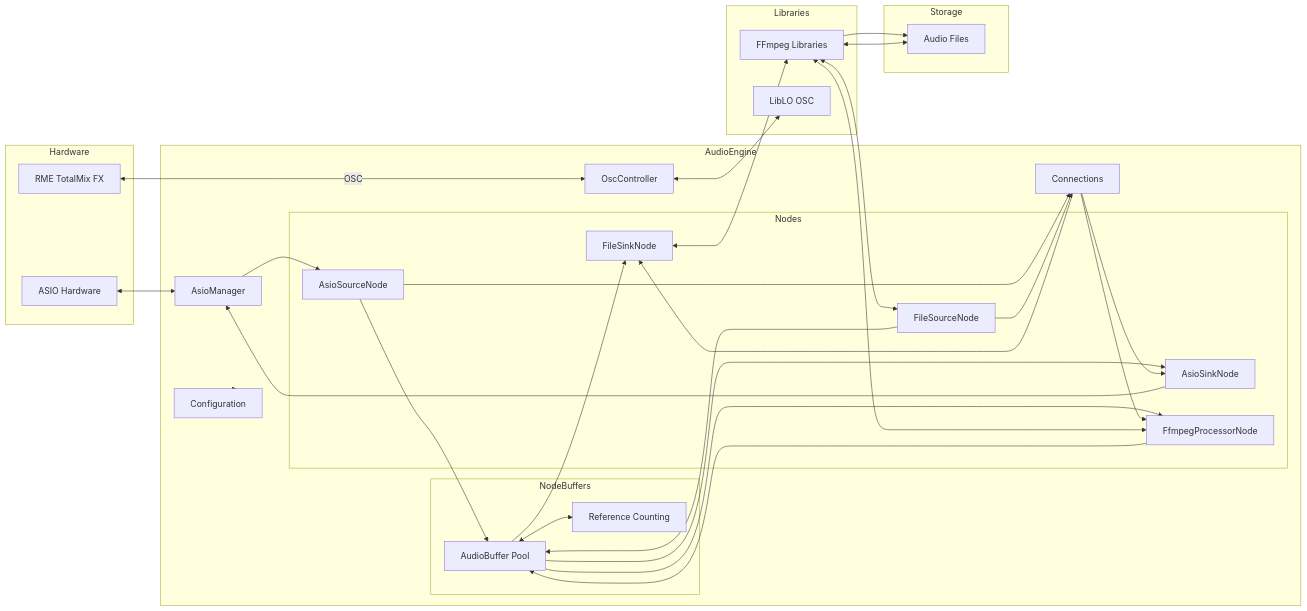
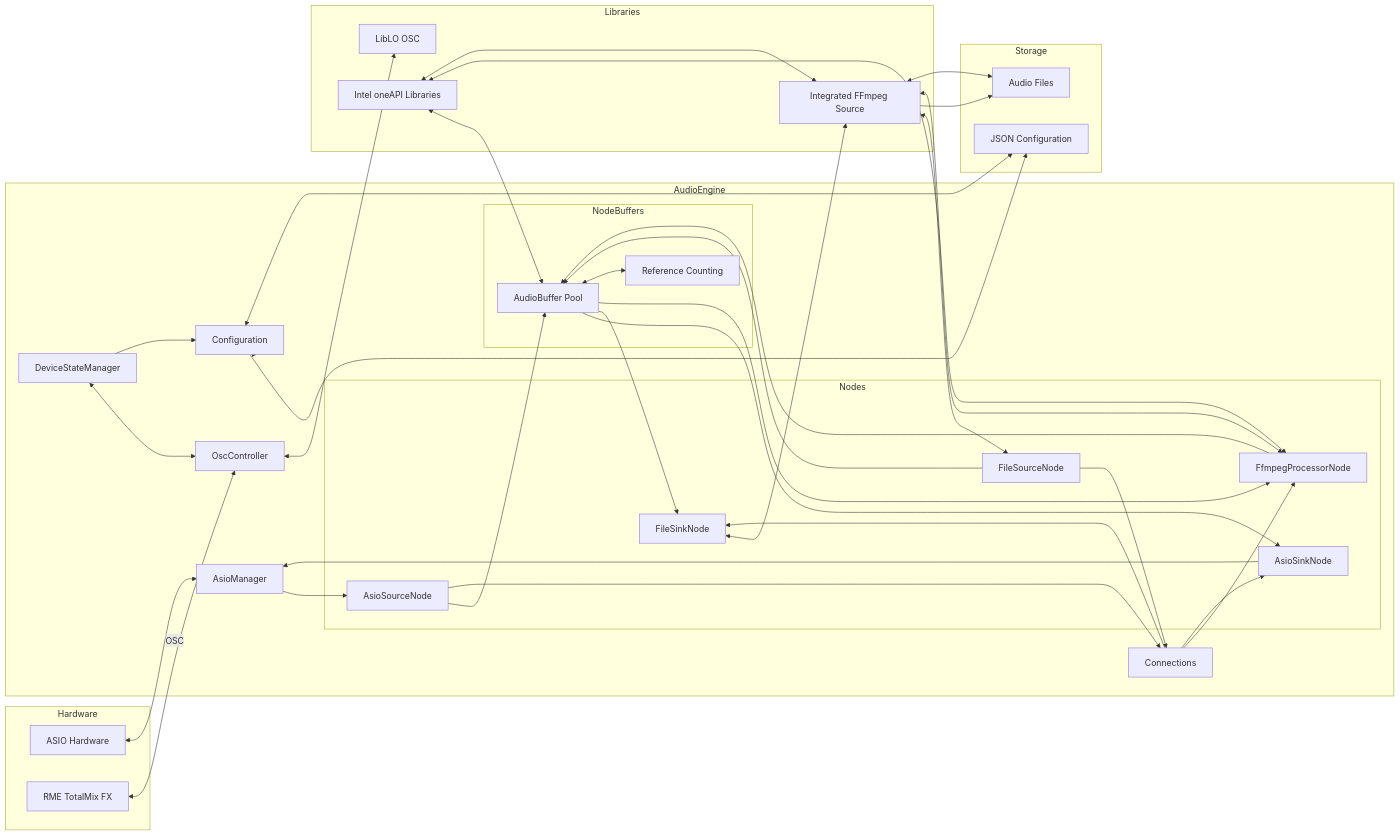
One commit to david-t-martel/oscmex changed the second of 5 diagrams in src/AudioEngine/MERMAID.md. Above: the diagram before and after it, drawn with Mermaid. The commit also changed other lines of this file and 11 other files, not shown here.

First line of the commit message:
Add RME TotalMix FX OSC Command List documentation

````diff
--- a/src/AudioEngine/MERMAID.md
+++ b/src/AudioEngine/MERMAID.md
@@ -221,7 +260,8 @@
 
     subgraph AudioEngine
         ASIO_MGR[AsioManager]
-        RME_OSC[OscController]
+        OSC_CTRL[OscController]
+        DEV_STATE[DeviceStateManager]
 
         subgraph NodeBuffers
             BUFFER_POOL[AudioBuffer Pool]
@@ -242,17 +282,19 @@
 
     subgraph Storage
         FILES[Audio Files]
+        JSON_CONFIG[JSON Configuration]
     end
 
     subgraph Libraries
-        LIBAV[FFmpeg Libraries]
+        FF_SOURCE[Integrated FFmpeg Source]
         LIBLO[LibLO OSC]
+        ONEAPI[Intel oneAPI Libraries]
     end
 
     %% Hardware connections
     ASIO_HW <--> ASIO_MGR
-    RME_HW <-- OSC --> RME_OSC
-    RME_OSC <--> LIBLO
+    RME_HW <-- OSC --> OSC_CTRL
+    OSC_CTRL <--> LIBLO
 
     %% ASIO data flow
     ASIO_MGR --> ASIO_SRC
@@ -261,16 +303,16 @@
     ASIO_SINK --> ASIO_MGR
 
     %% File data flow
-    FILES <--> LIBAV
-    LIBAV <--> FILE_SRC
+    FILES <--> FF_SOURCE
+    FF_SOURCE <--> FILE_SRC
     FILE_SRC --> BUFFER_POOL
     BUFFER_POOL --> FILE_SINK
-    FILE_SINK <--> LIBAV
-    LIBAV --> FILES
+    FILE_SINK <--> FF_SOURCE
+    FF_SOURCE --> FILES
 
     %% Processing data flow
     BUFFER_POOL --> PROC
-    PROC <--> LIBAV
+    PROC <--> FF_SOURCE
     PROC --> BUFFER_POOL
 
     %% Buffer reference counting
@@ -284,5 +326,16 @@
     CONNECTIONS --> FILE_SINK
 
     %% Configuration
+    JSON_CONFIG <--> CONFIG
     CONFIG --> AudioEngine
+
+    %% Device state management
+    DEV_STATE <--> OSC_CTRL
+    DEV_STATE --> CONFIG
+    CONFIG --> JSON_CONFIG
+
+    %% Intel oneAPI integration
+    ONEAPI <--> BUFFER_POOL
+    ONEAPI <--> PROC
+    ONEAPI <--> FF_SOURCE
 ```
````
